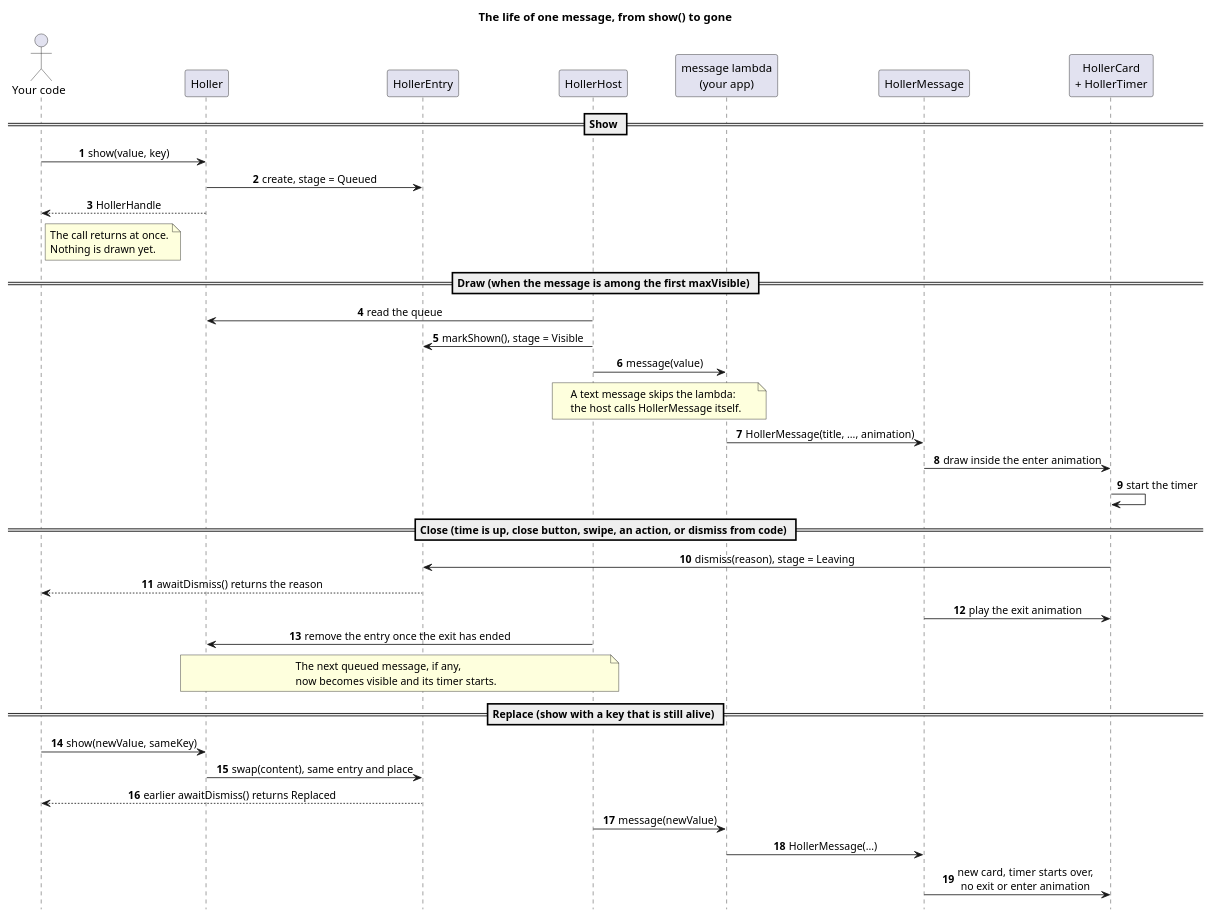
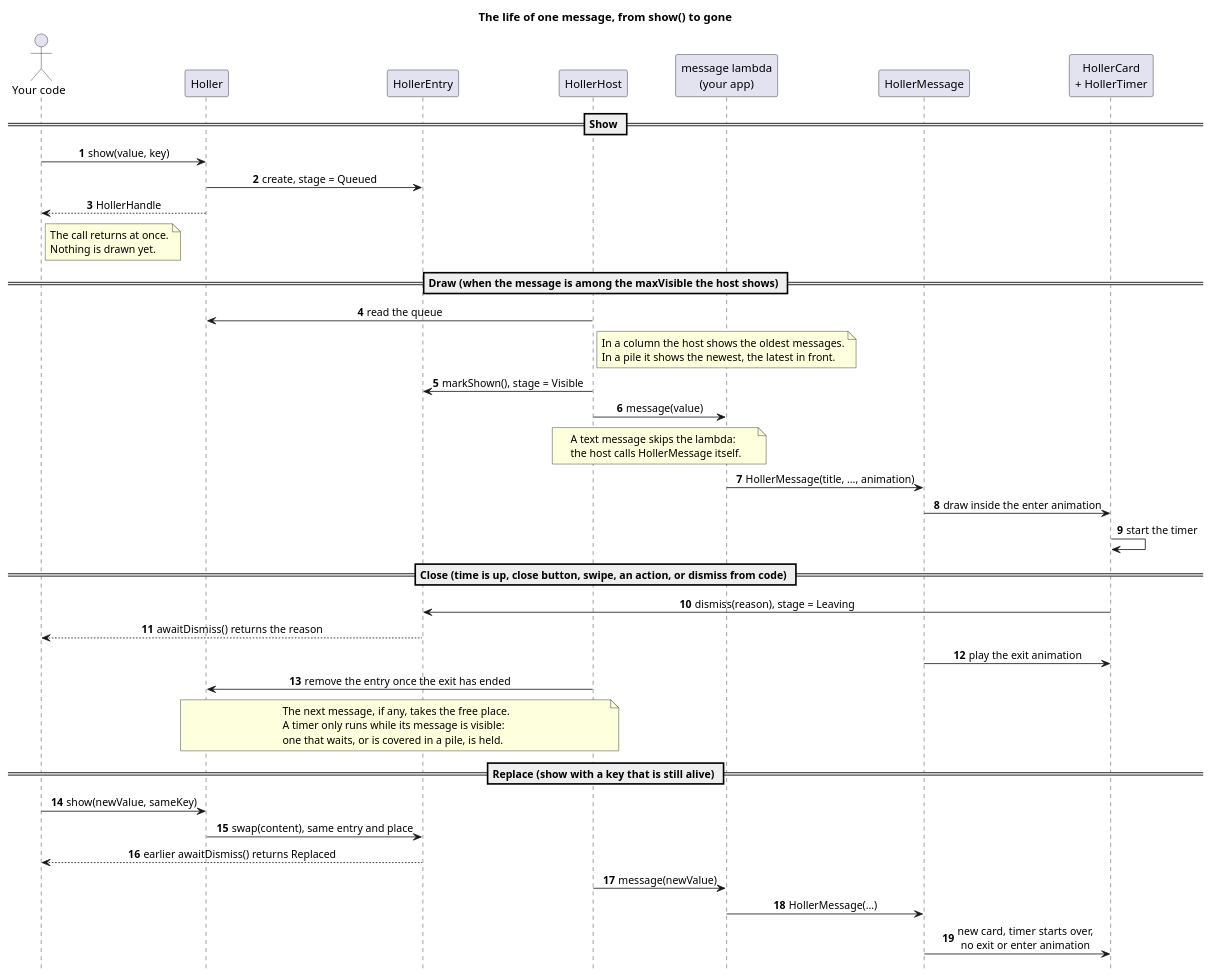
The diagram in docs/holler-2-message-lifecycle.puml (mradzinski/Holler), drawn with PlantUML before and after one commit. The commit also changed 15 other files, not shown here.

Commit message:
Updated the architecture diagrams and removed their SVG versions

```diff
--- a/docs/holler-2-message-lifecycle.puml
+++ b/docs/holler-2-message-lifecycle.puml
@@ -1,61 +1,66 @@
 @startuml holler-2-message-lifecycle
 title The life of one message, from show() to gone
 
 skinparam shadowing false
 hide footbox
 skinparam sequenceMessageAlign center
 skinparam responseMessageBelowArrow true
 autonumber
 
 actor "Your code" as caller
 participant "Holler" as holler
 participant "HollerEntry" as entry
 participant "HollerHost" as host
 participant "message lambda\n(your app)" as lambda
 participant "HollerMessage" as message
 participant "HollerCard\n+ HollerTimer" as card
 
 == Show ==
 
 caller -> holler : show(value, key)
 holler -> entry : create, stage = Queued
 holler --> caller : HollerHandle
 note right of caller
     The call returns at once.
     Nothing is drawn yet.
 end note
 
-== Draw (when the message is among the first maxVisible) ==
+== Draw (when the message is among the maxVisible the host shows) ==
 
 host -> holler : read the queue
+note right of host
+    In a column the host shows the oldest messages.
+    In a pile it shows the newest, the latest in front.
+end note
 host -> entry : markShown(), stage = Visible
 host -> lambda : message(value)
 note over host, lambda
     A text message skips the lambda:
     the host calls HollerMessage itself.
 end note
 lambda -> message : HollerMessage(title, …, animation)
 message -> card : draw inside the enter animation
 card -> card : start the timer
 
 == Close (time is up, close button, swipe, an action, or dismiss from code) ==
 
 card -> entry : dismiss(reason), stage = Leaving
 entry --> caller : awaitDismiss() returns the reason
 message -> card : play the exit animation
 host -> holler : remove the entry once the exit has ended
 note over holler, host
-    The next queued message, if any,
-    now becomes visible and its timer starts.
+    The next message, if any, takes the free place.
+    A timer only runs while its message is visible:
+    one that waits, or is covered in a pile, is held.
 end note
 
 == Replace (show with a key that is still alive) ==
 
 caller -> holler : show(newValue, sameKey)
 holler -> entry : swap(content), same entry and place
 entry --> caller : earlier awaitDismiss() returns Replaced
 host -> lambda : message(newValue)
 lambda -> message : HollerMessage(…)
 message -> card : new card, timer starts over,\nno exit or enter animation
 
 @enduml
```
